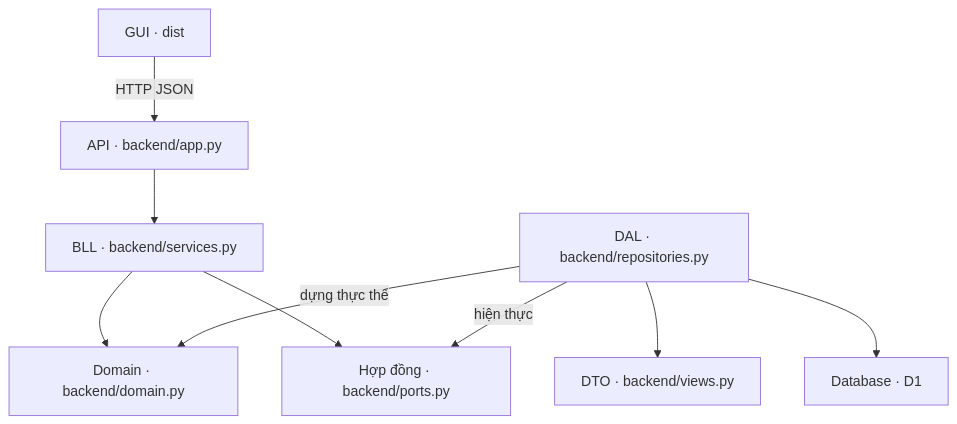
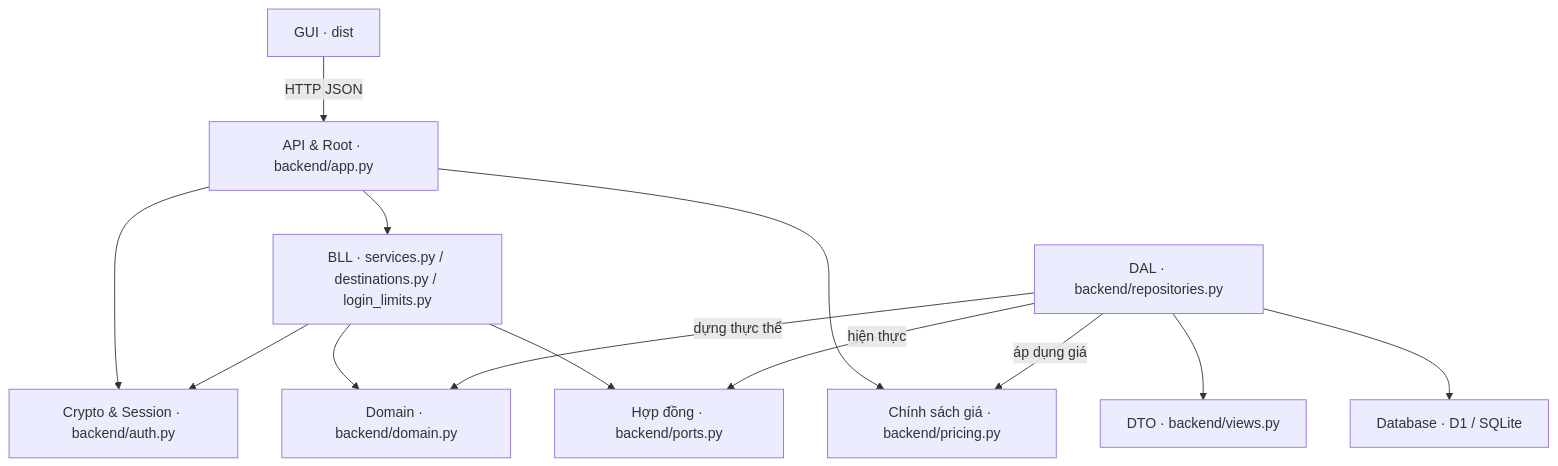
The diagram in docs/checklist-4.3.md (dqming1876/OOP_TourManager), drawn with Mermaid before and after one commit. The commit also changed 39 other files, not shown here.

````diff
--- a/docs/checklist-4.3.md
+++ b/docs/checklist-4.3.md
@@ -3,11 +3,15 @@
 ```mermaid
 flowchart TB
-    gui["GUI · dist"] -->|"HTTP JSON"| api["API · backend/app.py"]
-    api --> service["BLL · backend/services.py"]
+    gui["GUI · dist"] -->|"HTTP JSON"| api["API & Root · backend/app.py"]
+    api --> service["BLL · services.py / destinations.py / login_limits.py"]
+    api --> auth["Crypto & Session · backend/auth.py"]
+    api --> pricing["Chính sách giá · backend/pricing.py"]
+    service --> auth
     service --> domain["Domain · backend/domain.py"]
     service --> ports["Hợp đồng · backend/ports.py"]
     dal["DAL · backend/repositories.py"] -->|"hiện thực"| ports
     dal -->|"dựng thực thể"| domain
+    dal -->|"áp dụng giá"| pricing
     dal --> dto["DTO · backend/views.py"]
-    dal --> db["Database · D1"]
+    dal --> db["Database · D1 / SQLite"]
 ```
````
